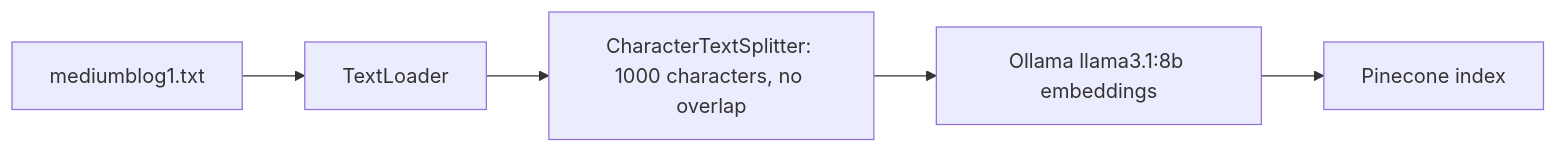
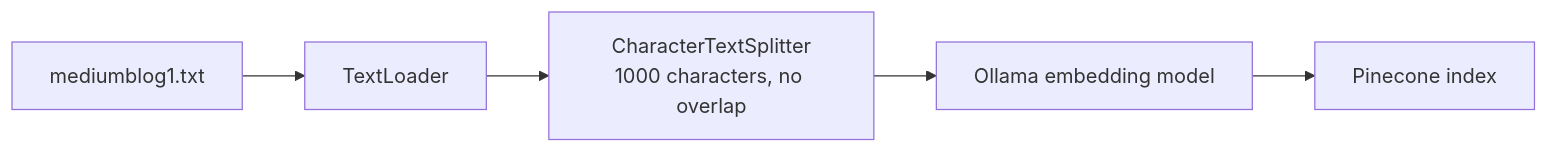
One commit to devsofmukesh/LangChain-Research changed the first of 2 diagrams in README.md. Above: the diagram before and after it, drawn with Mermaid. The commit also changed other lines of this file and 5 other files, not shown here.

````diff
--- a/README.md
+++ b/README.md
@@ -13,7 +19,7 @@
 ```mermaid
 flowchart LR
     A[mediumblog1.txt] --> B[TextLoader]
-    B --> C[CharacterTextSplitter: 1000 characters, no overlap]
-    C --> D[Ollama llama3.1:8b embeddings]
+    B --> C[CharacterTextSplitter<br/>1000 characters, no overlap]
+    C --> D[Ollama embedding model]
     D --> E[Pinecone index]
 ```
````
